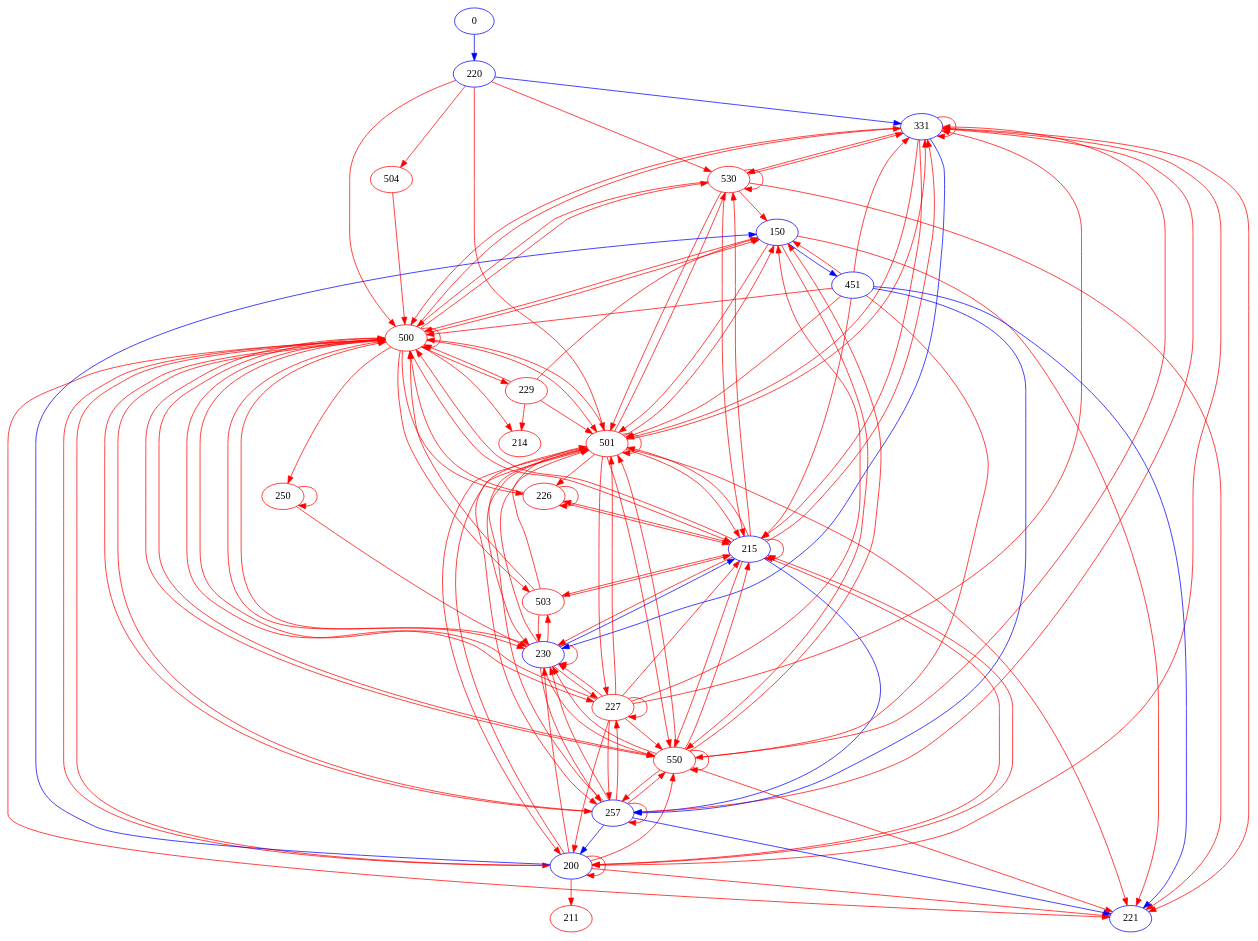
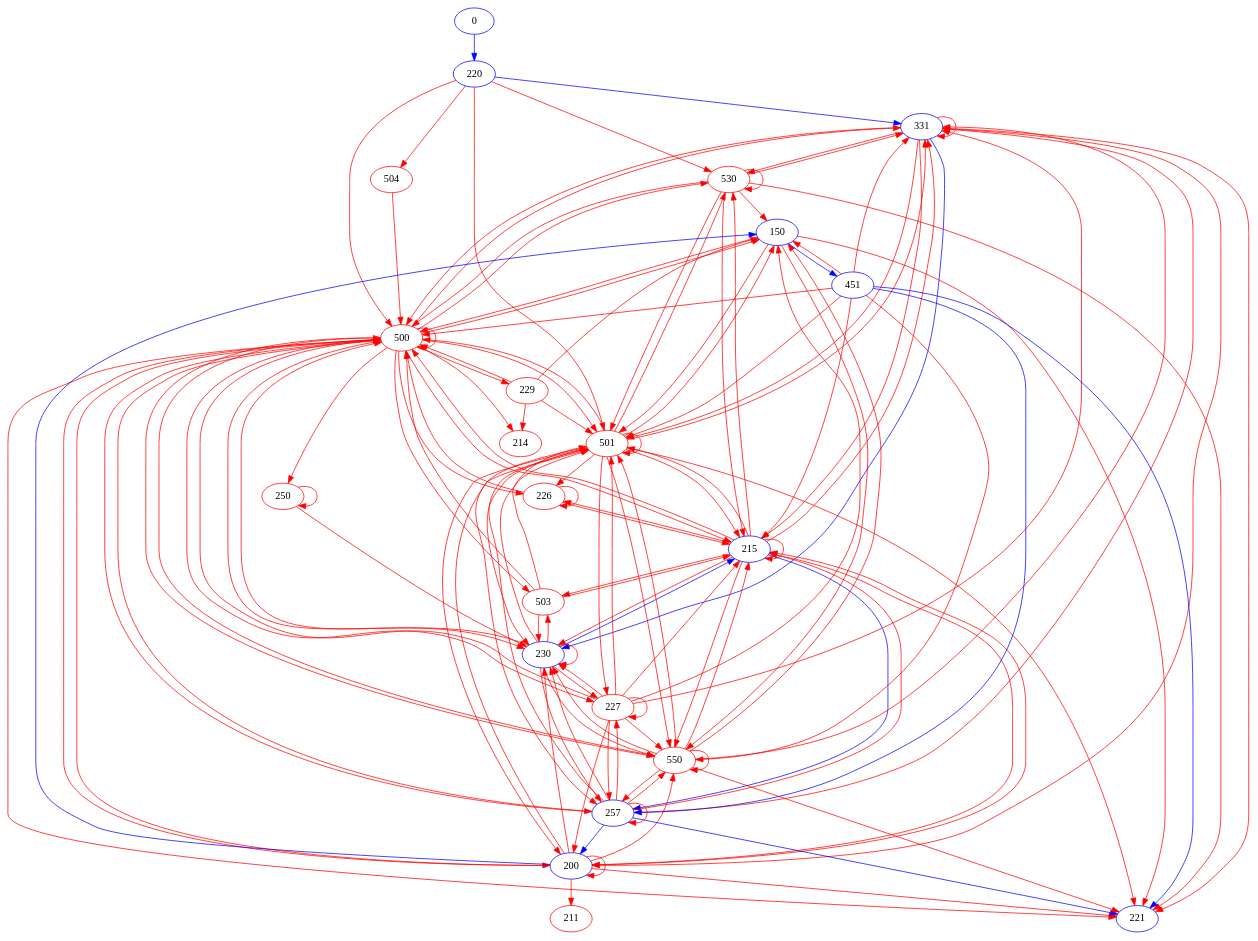
The diagram in ChatAFL-master/comparison_results/LightFTP_20260118_184232/chatafl-enhanced/ipsm.dot (muyuruhua/research_laboratory), drawn with Graphviz before and after one commit. The commit also changed 70 other files, not shown here.

```diff
--- a/ChatAFL-master/comparison_results/LightFTP_20260118_184232/chatafl-enhanced/ipsm.dot
+++ b/ChatAFL-master/comparison_results/LightFTP_20260118_184232/chatafl-enhanced/ipsm.dot
@@ -86,6 +86,8 @@
 	257 -> 331	[key=new_edge,
 		color=red];
 	257 -> 230	[key=new_edge,
+		color=red];
+	257 -> 215	[key=new_edge,
 		color=red];
 	257 -> 257	[key=new_edge,
 		color=red];
```
